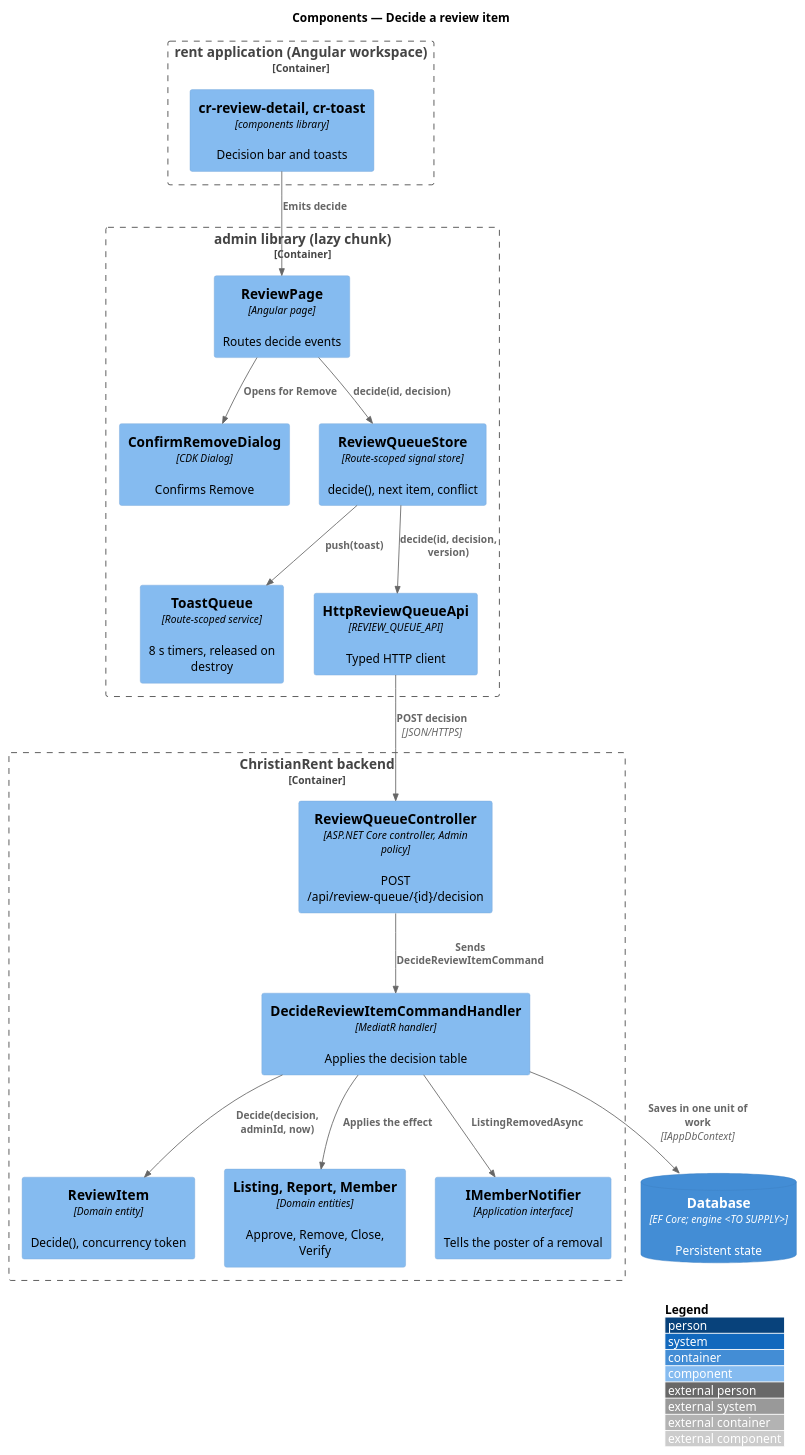
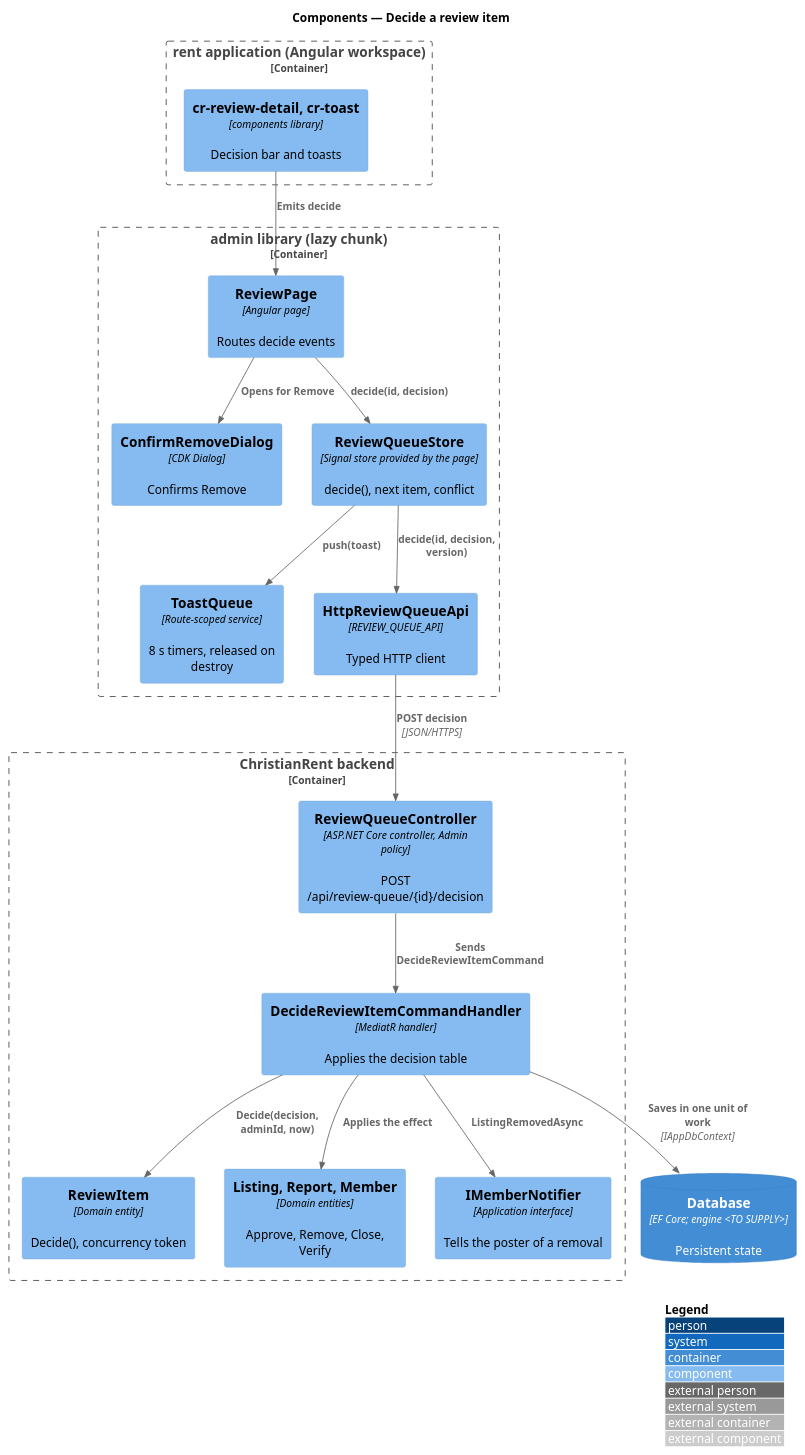
One commit to QuinntyneBrown/christian-rent changed the diagram in docs/detailed-designs/review/decide-review-item/diagrams/c4-component.puml. Above: the diagram before and after it, drawn with PlantUML. The commit also changed 20 other files, not shown here.

```diff
--- a/docs/detailed-designs/review/decide-review-item/diagrams/c4-component.puml
+++ b/docs/detailed-designs/review/decide-review-item/diagrams/c4-component.puml
@@ -1,35 +1,35 @@
 @startuml
 !include <C4/C4_Component>
 LAYOUT_WITH_LEGEND()
 title Components — Decide a review item
 
 Container_Boundary(spa, "rent application (Angular workspace)") {
   Component(ui, "cr-review-detail, cr-toast", "components library", "Decision bar and toasts")
 }
 Container_Boundary(admlib, "admin library (lazy chunk)") {
   Component(page, "ReviewPage", "Angular page", "Routes decide events")
   Component(dialog, "ConfirmRemoveDialog", "CDK Dialog", "Confirms Remove")
-  Component(store, "ReviewQueueStore", "Route-scoped signal store", "decide(), next item, conflict")
+  Component(store, "ReviewQueueStore", "Signal store provided by the page", "decide(), next item, conflict")
   Component(toasts, "ToastQueue", "Route-scoped service", "8 s timers, released on destroy")
   Component(client, "HttpReviewQueueApi", "REVIEW_QUEUE_API", "Typed HTTP client")
 }
 Container_Boundary(api, "ChristianRent backend") {
   Component(ctrl, "ReviewQueueController", "ASP.NET Core controller, Admin policy", "POST /api/review-queue/{id}/decision")
   Component(handler, "DecideReviewItemCommandHandler", "MediatR handler", "Applies the decision table")
   Component(item, "ReviewItem", "Domain entity", "Decide(), concurrency token")
   Component(subj, "Listing, Report, Member", "Domain entities", "Approve, Remove, Close, Verify")
   Component(notify, "IMemberNotifier", "Application interface", "Tells the poster of a removal")
 }
 ContainerDb(db, "Database", "EF Core; engine <TO SUPPLY>", "Persistent state")
 Rel(ui, page, "Emits decide")
 Rel(page, dialog, "Opens for Remove")
 Rel(page, store, "decide(id, decision)")
 Rel(store, toasts, "push(toast)")
 Rel(store, client, "decide(id, decision, version)")
 Rel(client, ctrl, "POST decision", "JSON/HTTPS")
 Rel(ctrl, handler, "Sends DecideReviewItemCommand")
 Rel(handler, item, "Decide(decision, adminId, now)")
 Rel(handler, subj, "Applies the effect")
 Rel(handler, notify, "ListingRemovedAsync")
 Rel(handler, db, "Saves in one unit of work", "IAppDbContext")
 @enduml
```
